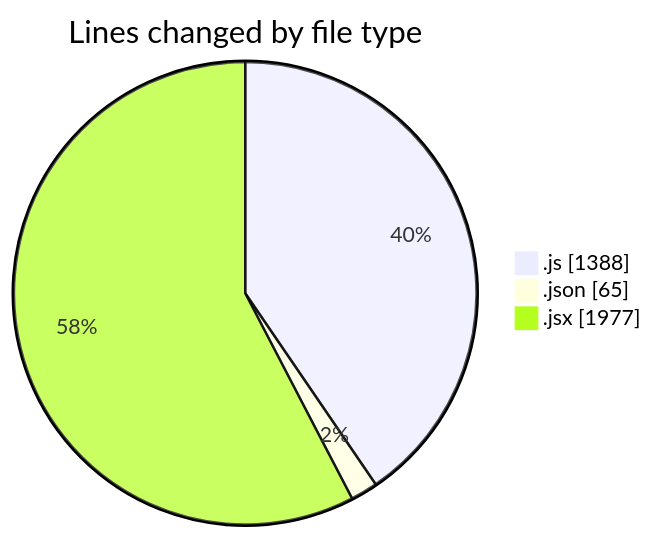
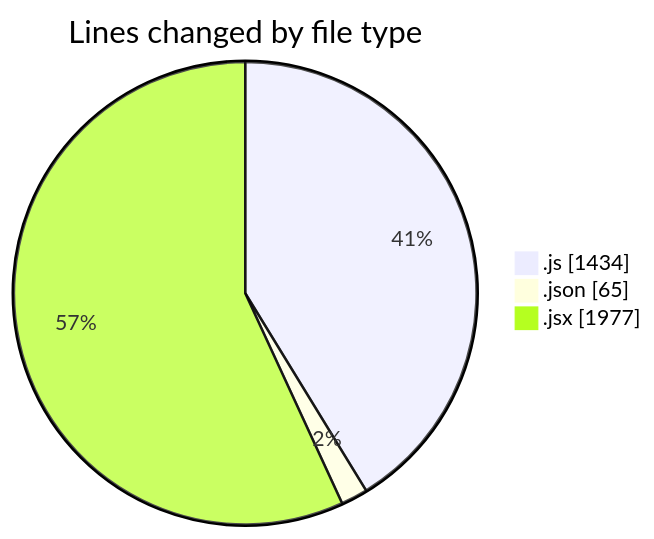
Before and after one commit to nxtqubesakshisongat/code-tracking: the first of 2 diagrams in 2026-01-14/nxtqube_webapp/README.md, drawn with Mermaid. The commit also changed other lines of this file and 1 other file, not shown here.

````diff
--- a/2026-01-14/nxtqube_webapp/README.md
+++ b/2026-01-14/nxtqube_webapp/README.md
@@ -26,7 +26,7 @@
 ```mermaid
 pie showData
 title Lines changed by file type
-".js" : 1388
+".js" : 1434
 ".json" : 65
 ".jsx" : 1977
 ```
````
